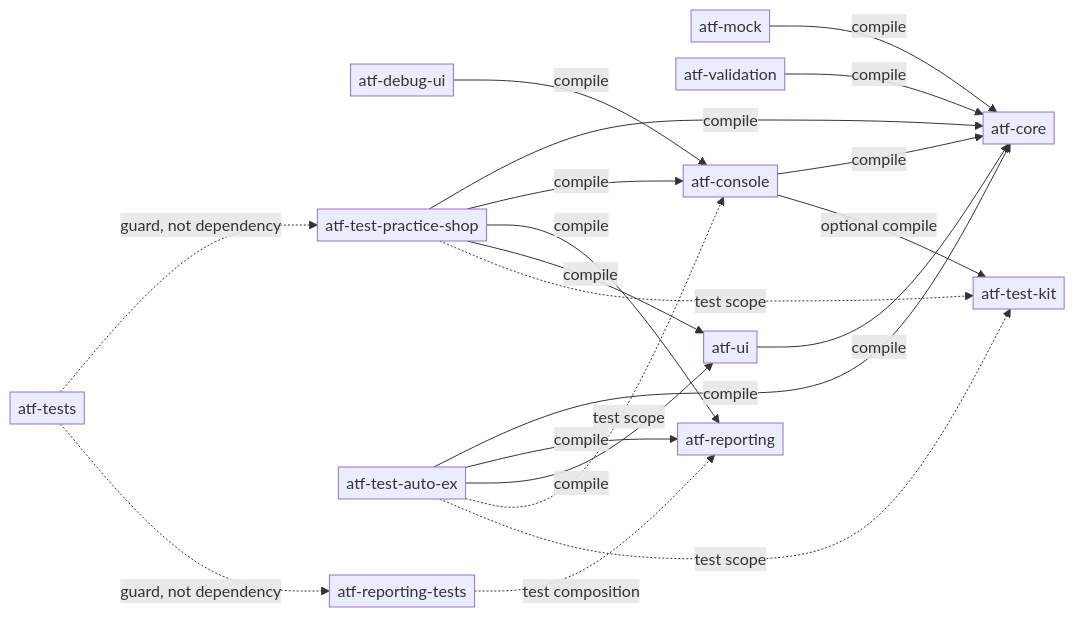
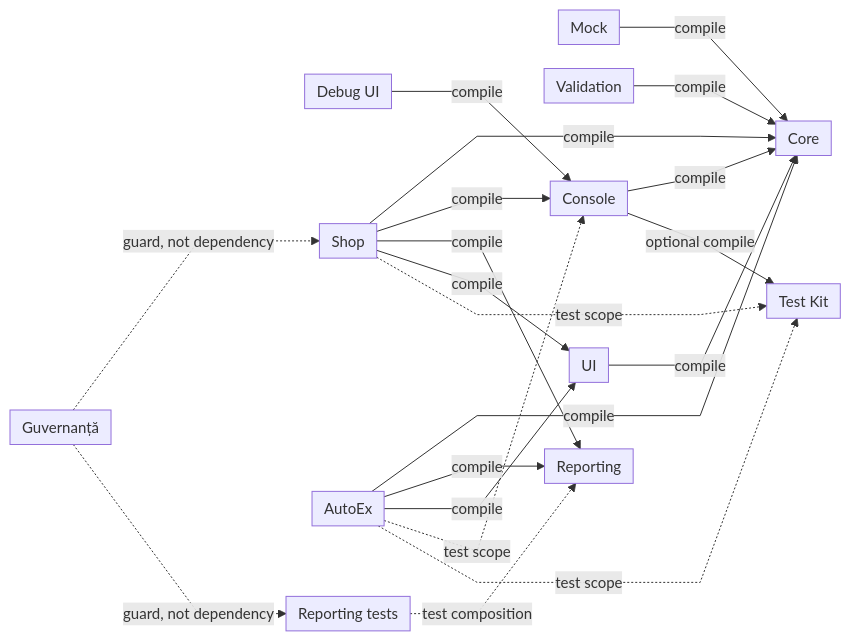
One commit to crististefanita/atf_j0 changed the first of 11 diagrams in docs/ATF_Architecture.md. Above: the diagram before and after it, drawn with Mermaid. The commit also changed other lines of this file and 97 other files, not shown here.

````diff
--- a/docs/ATF_Architecture.md
+++ b/docs/ATF_Architecture.md
@@ -31,24 +31,24 @@
 ```mermaid
-%%{init: {"themeVariables": {"fontSize": "16px"}, "themeCSS": ".edgeLabel p { font-size: 13px; line-height: 1.1; margin: 0; padding: 0 2px; }", "flowchart": {"nodeSpacing": 16, "rankSpacing": 72, "padding": 4}}}%%
+%%{init: {"themeVariables":{"fontSize":"15px"},"themeCSS":".nodeLabel, .nodeLabel p { font-size: 15px !important; line-height: 1.35 !important; } .edgeLabel, .edgeLabel p { font-size: 12px !important; font-weight: 400 !important; line-height: 1.2 !important; } .edgeLabel .labelBkg, .edgeLabel p { background: transparent !important; } .edgeLabel foreignObject { transform: translateY(-18px); overflow: visible; } .node rect { rx: 6px; ry: 6px; } .edgeLabel [data-id=\"L_Console_Kit_0\"] foreignObject { transform: translate(0px, -28px); } .edgeLabel [data-id=\"L_Ui_Core_0\"] foreignObject { transform: translate(-24px, -18px); } .edgeLabel [data-id=\"L_Shop_Ui_0\"] foreignObject { transform: translate(-24px, -28px); } .edgeLabel [data-id=\"L_Shop_Kit_0\"] foreignObject { transform: translate(24px, -18px); } .edgeLabel [data-id=\"L_AutoEx_Core_0\"] foreignObject { transform: translate(24px, -18px); } .edgeLabel [data-id=\"L_AutoEx_Console_0\"] foreignObject { transform: translate(-24px, -28px); } .edgeLabel [data-id=\"L_ReportingTests_Reporting_0\"] foreignObject { transform: translate(0px, 18px); } .edgeLabel [data-id=\"L_Governance_ReportingTests_0\"] foreignObject { transform: translate(0px, 18px); } .edgeLabel [data-id=\"L_AutoEx_Ui_0\"] foreignObject { transform: translate(24px, 28px); }","flowchart":{"curve":"linear","nodeSpacing":24,"rankSpacing":24,"padding":6,"diagramPadding":20}}}%%
 flowchart LR
-    Mock["atf-mock"] -->|compile| Core["atf-core"]
-    Validation["atf-validation"] -->|compile| Core
-    Console["atf-console"] -->|compile| Core
-    Reporting["atf-reporting"]
-    Console -->|optional compile| Kit["atf-test-kit"]
-    Ui["atf-ui"] -->|compile| Core
-    Debug["atf-debug-ui"] -->|compile| Console
-    Shop["atf-test-practice-shop"] -->|compile| Core
+    Mock["Mock"] -->|compile| Core["Core"]
+    Validation["Validation"] -->|compile| Core
+    Console["Console"] -->|compile| Core
+    Reporting["Reporting"]
+    Console -->|optional compile| Kit["Test Kit"]
+    Ui["UI"] -->|compile| Core
+    Debug["Debug UI"] -->|compile| Console
+    Shop["Shop"] -->|compile| Core
     Shop -->|compile| Console
     Shop -->|compile| Reporting
     Shop -->|compile| Ui
     Shop -.->|test scope| Kit
-    AutoEx["atf-test-auto-ex"] -->|compile| Core
+    AutoEx["AutoEx"] -->|compile| Core
     AutoEx -->|compile| Reporting
     AutoEx -->|compile| Ui
     AutoEx -.->|test scope| Console
     AutoEx -.->|test scope| Kit
-    ReportingTests["atf-reporting-tests"] -.->|test composition| Reporting
-    Governance["atf-tests"] -.->|guard, not dependency| Shop
+    ReportingTests["Reporting tests"] -.->|test composition| Reporting
+    Governance["Guvernanță"] -.->|guard, not dependency| Shop
     Governance -.->|guard, not dependency| ReportingTests
 ```
````
